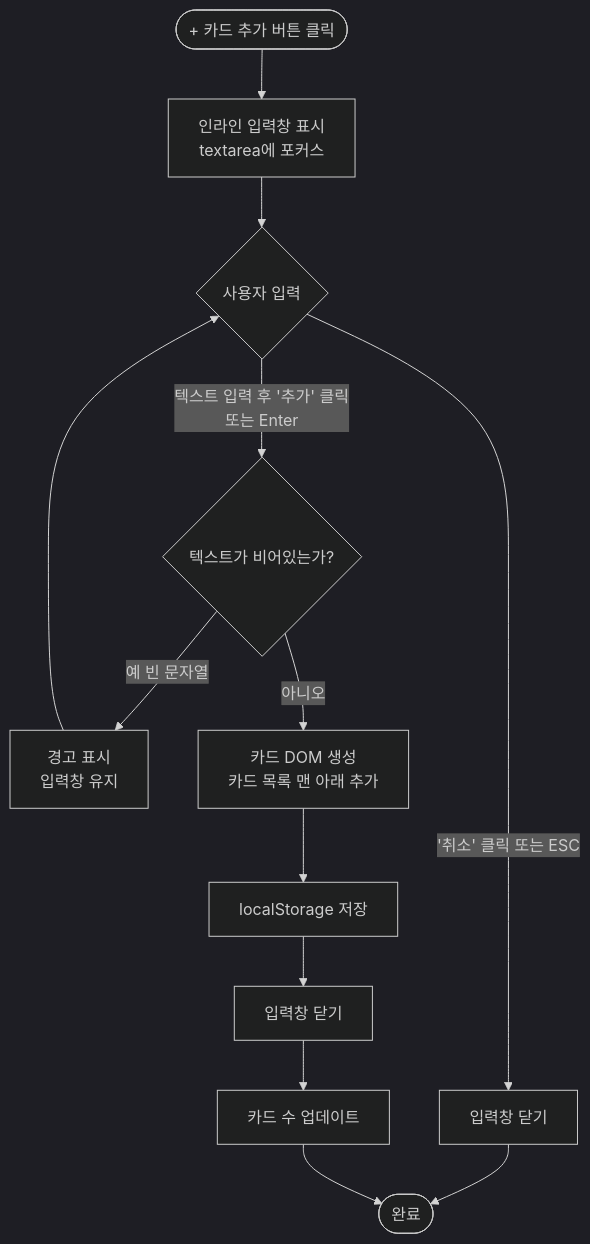
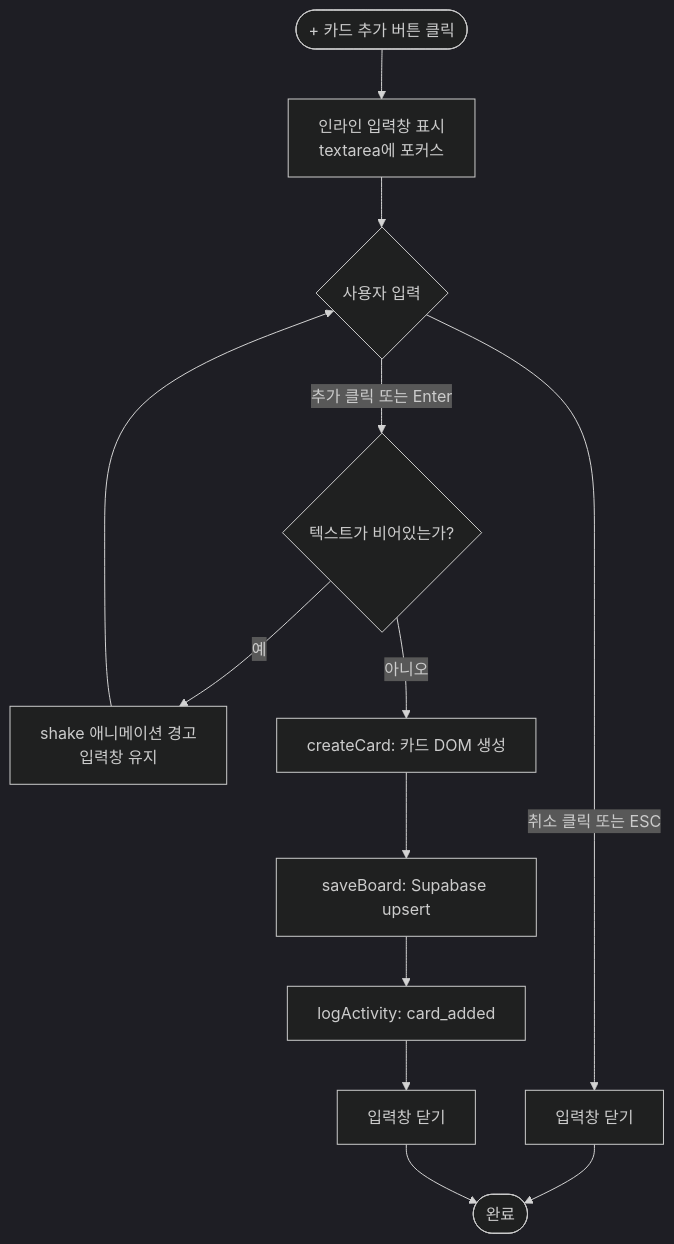
The third of 8 diagrams in kanban/USER_FLOW.md (ikhanet/kosa_202605), drawn with Mermaid (dark theme) before and after one commit. The commit also changed other lines of this file and 13 other files, not shown here.

````diff
--- a/kanban/USER_FLOW.md
+++ b/kanban/USER_FLOW.md
@@ -24,19 +45,19 @@
 ```mermaid
 flowchart TD
     A([+ 카드 추가 버튼 클릭]) --> B[인라인 입력창 표시\ntextarea에 포커스]
     B --> C{사용자 입력}
 
-    C -->|텍스트 입력 후 '추가' 클릭\n또는 Enter| D{텍스트가 비어있는가?}
-    C -->|'취소' 클릭 또는 ESC| E[입력창 닫기]
+    C -->|추가 클릭 또는 Enter| D{텍스트가 비어있는가?}
+    C -->|취소 클릭 또는 ESC| E[입력창 닫기]
 
-    D -->|예 빈 문자열| F[경고 표시\n입력창 유지]
-    D -->|아니오| G[카드 DOM 생성\n카드 목록 맨 아래 추가]
+    D -->|예| F[shake 애니메이션 경고\n입력창 유지]
+    D -->|아니오| G[createCard: 카드 DOM 생성]
 
-    G --> H[localStorage 저장]
-    H --> I[입력창 닫기]
-    I --> J[카드 수 업데이트]
+    G --> H[saveBoard: Supabase upsert]
+    H --> I[logActivity: card_added]
+    I --> J[입력창 닫기]
 
     F --> C
     E --> K([완료])
     J --> K
 ```
````
